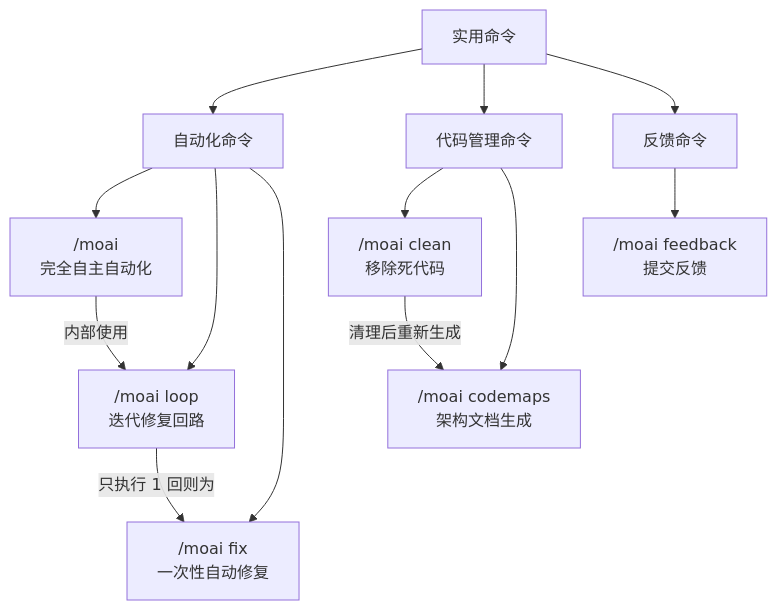
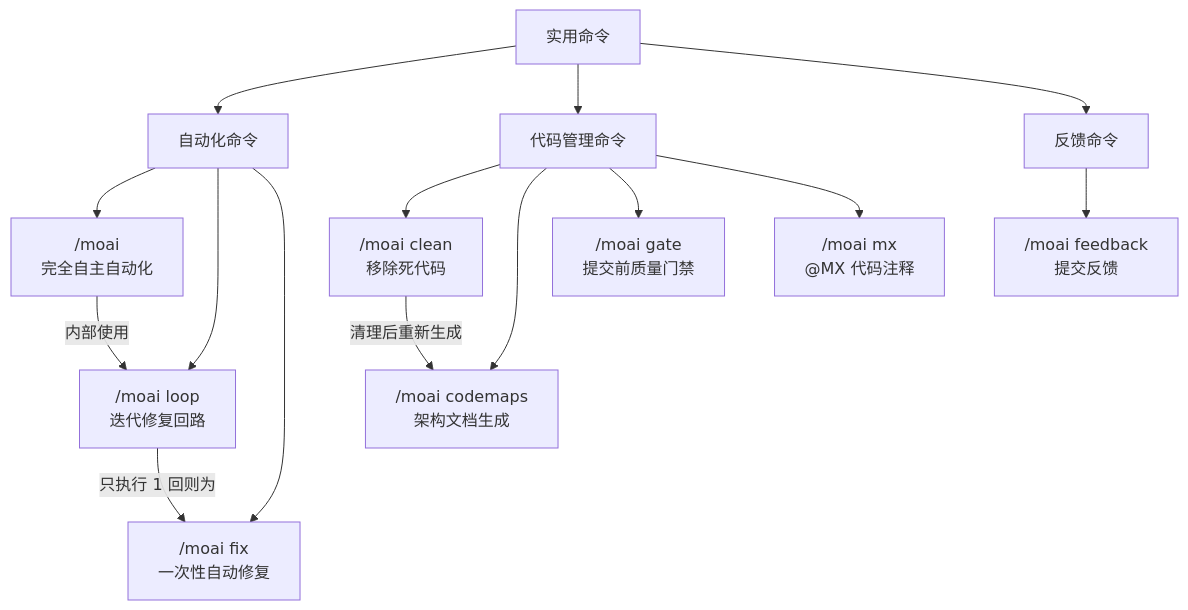
One commit to modu-ai/moai-adk changed the diagram in docs-site/content/zh/utility-commands/_index.md. Above: the diagram before and after it, drawn with Mermaid. The commit also changed other lines of this file and 180 other files, not shown here.

````diff
--- a/docs-site/content/zh/utility-commands/_index.md
+++ b/docs-site/content/zh/utility-commands/_index.md
@@ -31,17 +33,19 @@
 ```mermaid
 flowchart TD
     A[实用命令] --> B[自动化命令]
     A --> C[代码管理命令]
     A --> D[反馈命令]
 
     B --> E["/moai<br/>完全自主自动化"]
     B --> F["/moai loop<br/>迭代修复回路"]
     B --> G["/moai fix<br/>一次性自动修复"]
     C --> H["/moai clean<br/>移除死代码"]
     C --> I["/moai codemaps<br/>架构文档生成"]
+    C --> K["/moai gate<br/>提交前质量门禁"]
+    C --> L["/moai mx<br/>@MX 代码注释"]
     D --> J["/moai feedback<br/>提交反馈"]
 
     E -->|内部使用| F
     F -->|只执行 1 回则为| G
     H -->|清理后重新生成| I
 ```
````
